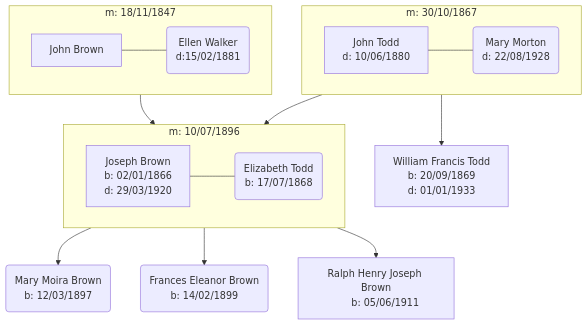
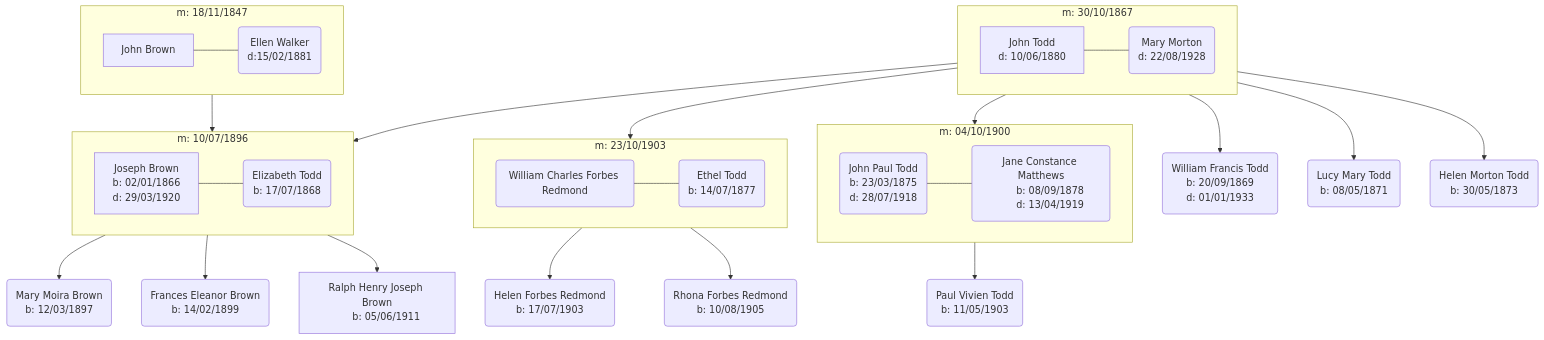
One commit to a1ecbr0wn/ancestry changed the diagram in Ralph-Brown/ralph-brown.md. Above: the diagram before and after it, drawn with Mermaid. The commit also changed other lines of this file and 29 other files, not shown here.

````diff
--- a/Ralph-Brown/ralph-brown.md
+++ b/Ralph-Brown/ralph-brown.md
@@ -5,43 +5,77 @@
 ```mermaid
 flowchart TB
     job[John Brown]
     ell("Ellen Walker
       d:15/02/1881")
     jot["John Todd
       d: 10/06/1880"]
     mar("Mary Morton
       d: 22/08/1928")
     jos["Joseph Brown
       b: 02/01/1866
       d: 29/03/1920"]
     eli("Elizabeth Todd
       b: 17/07/1868")
-    wil["William Francis Todd
+    wil("William Francis Todd
       b: 20/09/1869
-      d: 01/01/1933"]
+      d: 01/01/1933")
+    luc("Lucy Mary Todd
+      b: 08/05/1871")
+    hel("Helen Morton Todd
+      b: 30/05/1873")
+    jpt("John Paul Todd
+      b: 23/03/1875
+      d: 28/07/1918")
+    jcm("Jane Constance Matthews
+      b: 08/09/1878
+      d: 13/04/1919")
+    pvt("Paul Vivien Todd
+      b: 11/05/1903")
+    eth("Ethel Todd
+      b: 14/07/1877")
+    wr("William Charles Forbes Redmond")
+    hfr("Helen Forbes Redmond
+      b: 17/07/1903")
+    rfr("Rhona Forbes Redmond
+      b: 10/08/1905")
     moi("Mary Moira Brown
       b: 12/03/1897")
     fra("Frances Eleanor Brown
       b: 14/02/1899")
     ral["Ralph Henry Joseph Brown
       b: 05/06/1911"]
 
     subgraph jotmar["m: 30/10/1867"]
         direction LR
         jot ---mar
     end
     jotmar -->eli
     jotmar -->wil
+    jotmar -->luc
+    jotmar -->hel
+    jotmar -->jpt
+    subgraph jptjcm["m: 04/10/1900"]
+        direction LR
+        jpt ---jcm
+    end
+    jptjcm -->pvt
+    subgraph wreth["m: 23/10/1903"]
+        direction LR
+        wr ---eth
+    end
+    wreth -->hfr
+    wreth -->rfr
+    jotmar -->eth
     subgraph jobell["m: 18/11/1847"]
         direction LR
         job ---ell
     end
     jobell -->jos
     subgraph joseli["m: 10/07/1896"]
         direction LR
         jos ---eli
     end
     joseli -->moi
     joseli -->fra
     joseli -->ral
 ```
````
